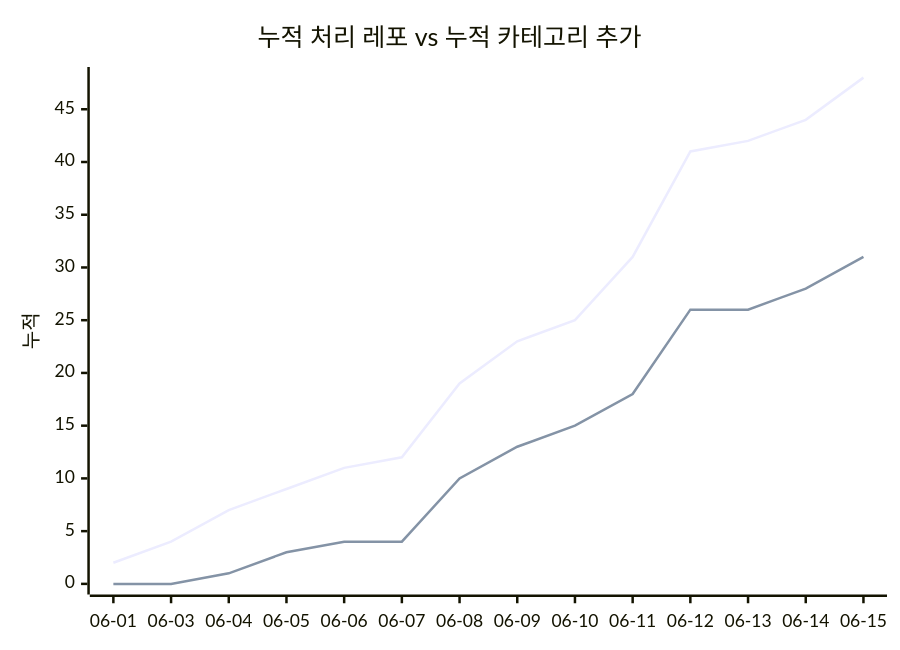
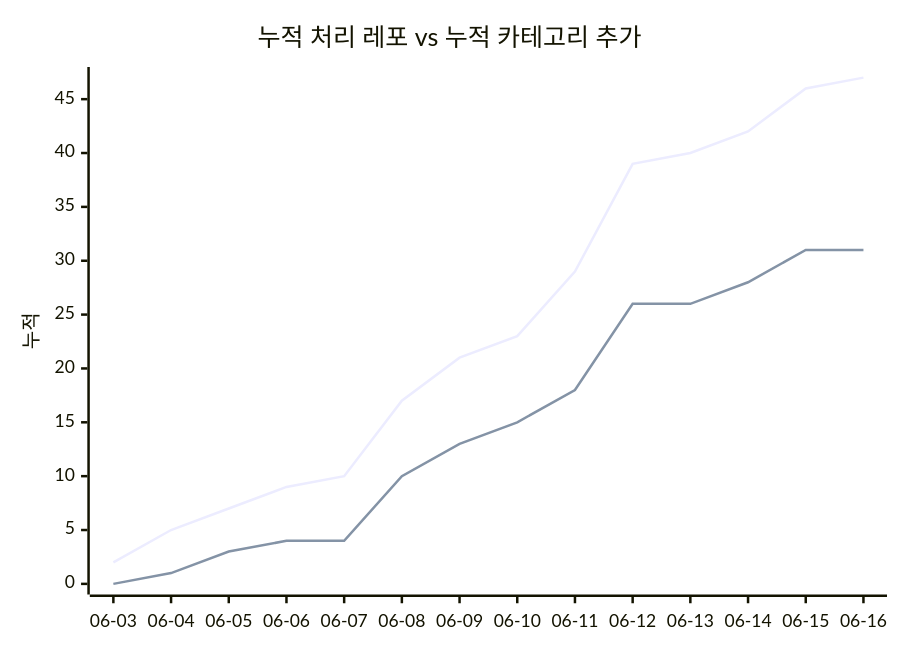
The second of 2 diagrams in docs/trends.md (J-nowcow/awesome-korean-agent-skills), drawn with Mermaid before and after one commit. The commit also changed other lines of this file and 2 other files, not shown here.

````diff
--- a/docs/trends.md
+++ b/docs/trends.md
@@ -68,8 +68,8 @@
 ```mermaid
 xychart-beta
     title "누적 처리 레포 vs 누적 카테고리 추가"
-    x-axis ["06-01","06-03","06-04","06-05","06-06","06-07","06-08","06-09","06-10","06-11","06-12","06-13","06-14","06-15"]
+    x-axis ["06-03","06-04","06-05","06-06","06-07","06-08","06-09","06-10","06-11","06-12","06-13","06-14","06-15","06-16"]
     y-axis "누적"
-    line [2,4,7,9,11,12,19,23,25,31,41,42,44,48]
-    line [0,0,1,3,4,4,10,13,15,18,26,26,28,31]
+    line [2,5,7,9,10,17,21,23,29,39,40,42,46,47]
+    line [0,1,3,4,4,10,13,15,18,26,26,28,31,31]
 ```
````
